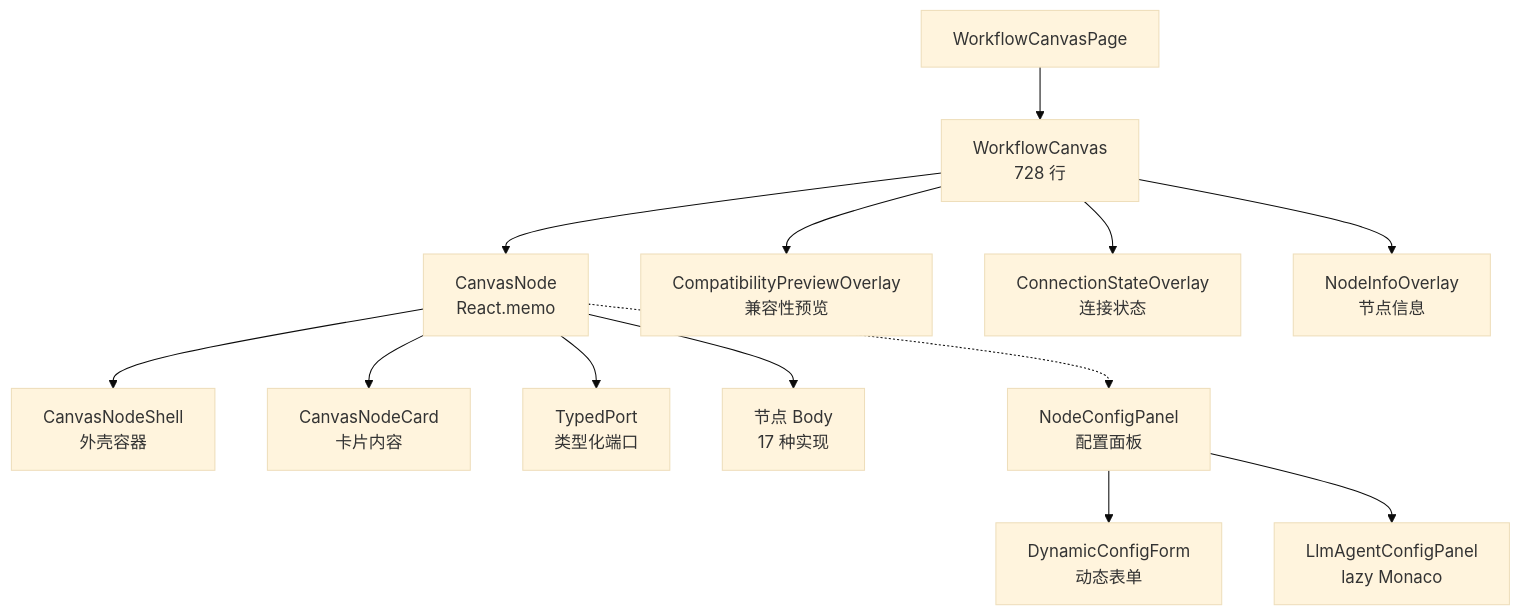
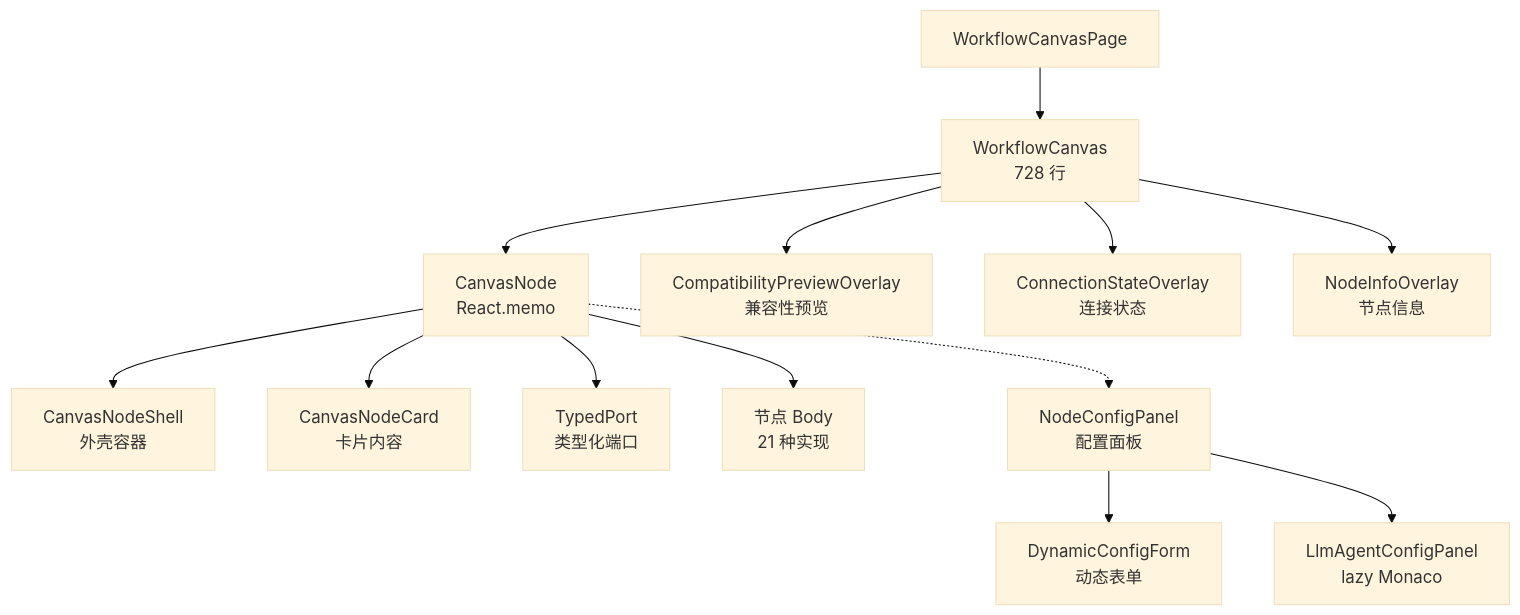
The second of 2 diagrams in agentloom-docs/zh/studio/canvas.md (Lynricsy/AgentLoom), drawn with Mermaid (base theme) before and after one commit. The commit also changed other lines of this file and 25 other files, not shown here.

````diff
--- a/agentloom-docs/zh/studio/canvas.md
+++ b/agentloom-docs/zh/studio/canvas.md
@@ -117,21 +128,21 @@
 ```mermaid
 graph TB
     WCP[WorkflowCanvasPage]
     WC[WorkflowCanvas<br/>728 行]
     CN[CanvasNode<br/>React.memo]
 
     WCP --> WC
     WC --> CN
     CN --> Shell[CanvasNodeShell<br/>外壳容器]
     CN --> Card[CanvasNodeCard<br/>卡片内容]
     CN --> Port[TypedPort<br/>类型化端口]
-    CN --> Body[节点 Body<br/>17 种实现]
+    CN --> Body[节点 Body<br/>21 种实现]
 
     WC --> Overlay1[CompatibilityPreviewOverlay<br/>兼容性预览]
     WC --> Overlay2[ConnectionStateOverlay<br/>连接状态]
     WC --> Overlay3[NodeInfoOverlay<br/>节点信息]
 
     CN -.-> Panel[NodeConfigPanel<br/>配置面板]
     Panel --> DynForm[DynamicConfigForm<br/>动态表单]
     Panel --> LlmPanel[LlmAgentConfigPanel<br/>lazy Monaco]
 ```
````
